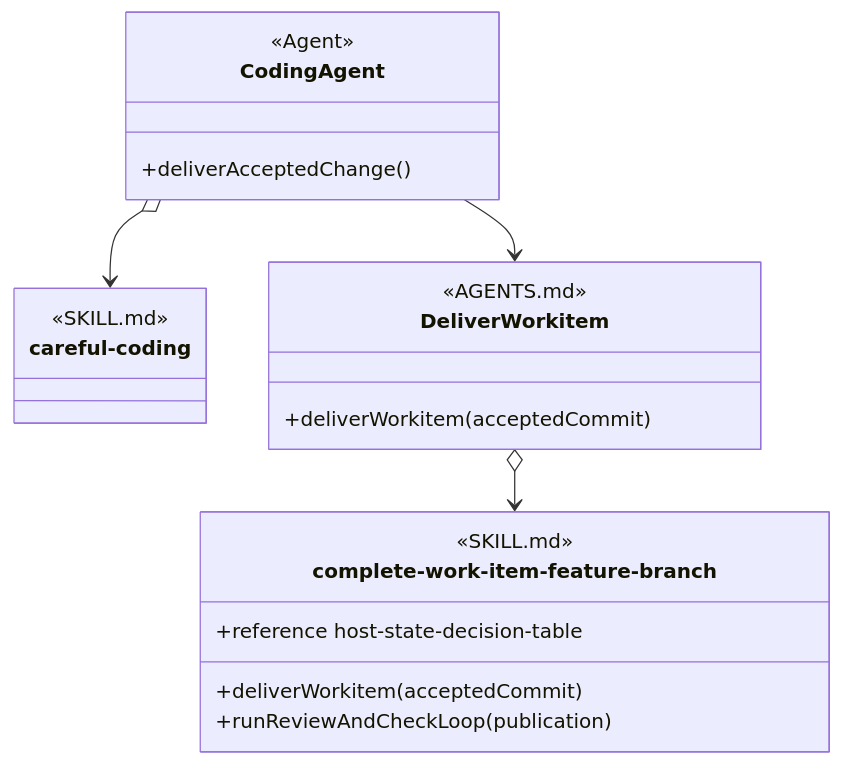
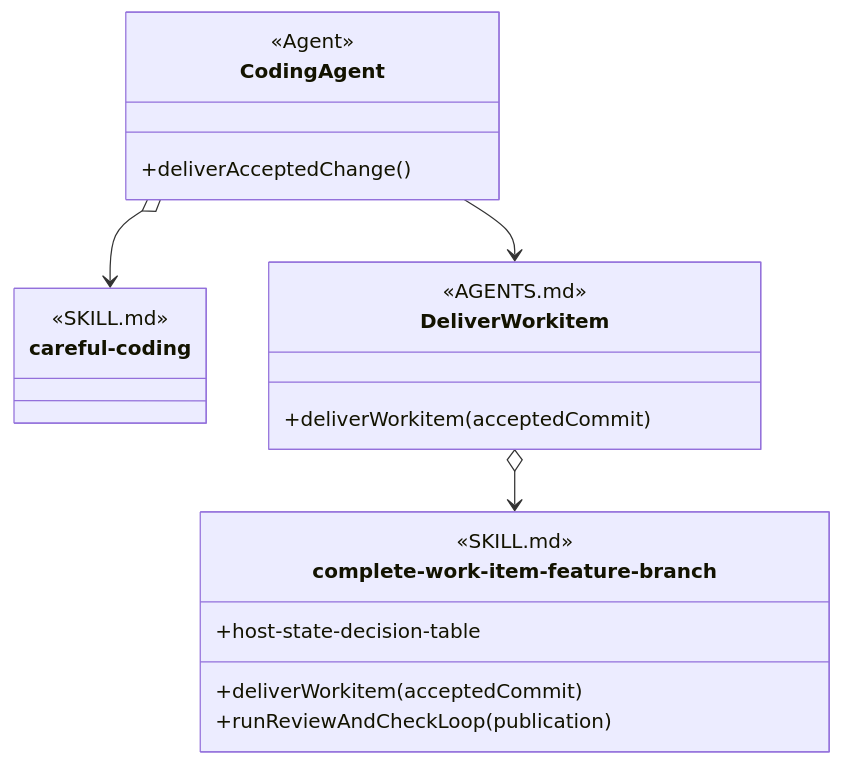
The tenth of 11 diagrams in design/object-oriented-agent-and-skill-model.md (martinbechard/dev-methodology), drawn with Mermaid before and after one commit. The commit also changed other lines of this file and 2 other files, not shown here.

````diff
--- a/design/object-oriented-agent-and-skill-model.md
+++ b/design/object-oriented-agent-and-skill-model.md
@@ -528,31 +540,31 @@
 ```mermaid
 classDiagram
     direction TB
 
     class CodingAgent {
         <<Agent>>
         +deliverAcceptedChange()
     }
 
     class careful-coding {
         <<SKILL.md>>
         <<Agent Skill>>
     }
 
     class DeliverWorkitem {
         <<AGENTS.md>>
         +deliverWorkitem(acceptedCommit)
     }
 
     class complete-work-item-feature-branch {
         <<SKILL.md>>
         <<Injectable Skill>>
         +deliverWorkitem(acceptedCommit)
         +runReviewAndCheckLoop(publication)
-        +reference host-state-decision-table
+        +host-state-decision-table
     }
 
     CodingAgent o--> careful-coding
     CodingAgent --> DeliverWorkitem
     DeliverWorkitem o--> complete-work-item-feature-branch
 ```
````
